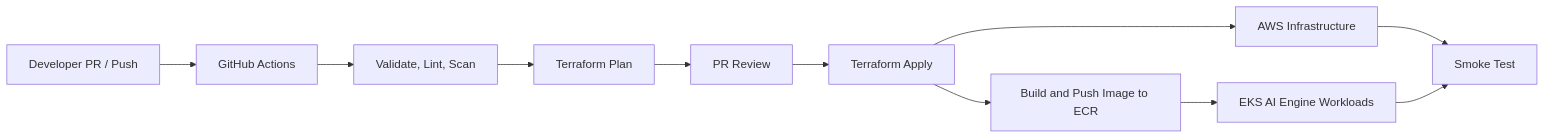
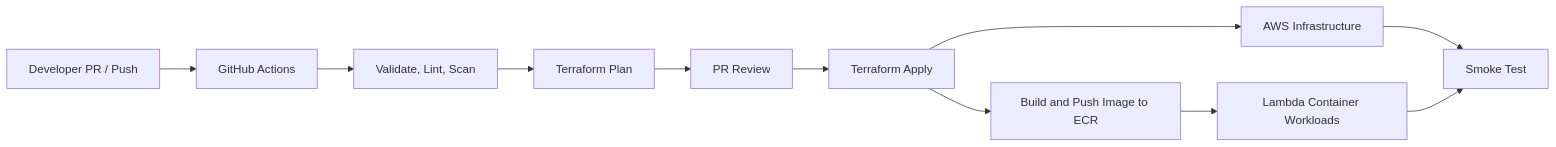
One commit to hungxqt/tf2-finops-iac changed the diagram in docs/tf2-finops/04_deployment_design.md. Above: the diagram before and after it, drawn with Mermaid. The commit also changed other lines of this file and 79 other files, not shown here.

````diff
--- a/docs/tf2-finops/04_deployment_design.md
+++ b/docs/tf2-finops/04_deployment_design.md
@@ -64,13 +67,13 @@
 ```mermaid
 graph LR
     Dev[Developer PR / Push] --> GHA[GitHub Actions]
     GHA --> CI[Validate, Lint, Scan]
     CI --> Plan[Terraform Plan]
     Plan --> Review[PR Review]
     Review --> Apply[Terraform Apply]
     Apply --> AWS[AWS Infrastructure]
     Apply --> ECR[Build and Push Image to ECR]
-    ECR --> EKS[EKS AI Engine Workloads]
+    ECR --> Lambda[Lambda Container Workloads]
     AWS --> Smoke[Smoke Test]
-    EKS --> Smoke
+    Lambda --> Smoke
 ```
````
